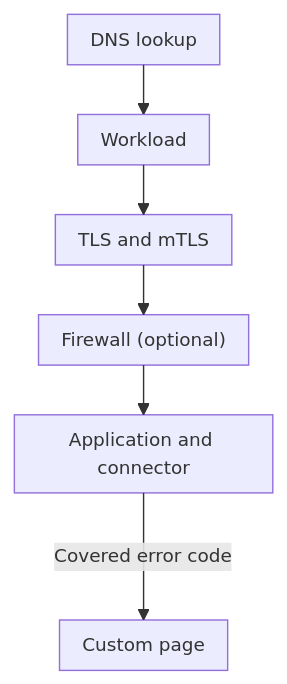
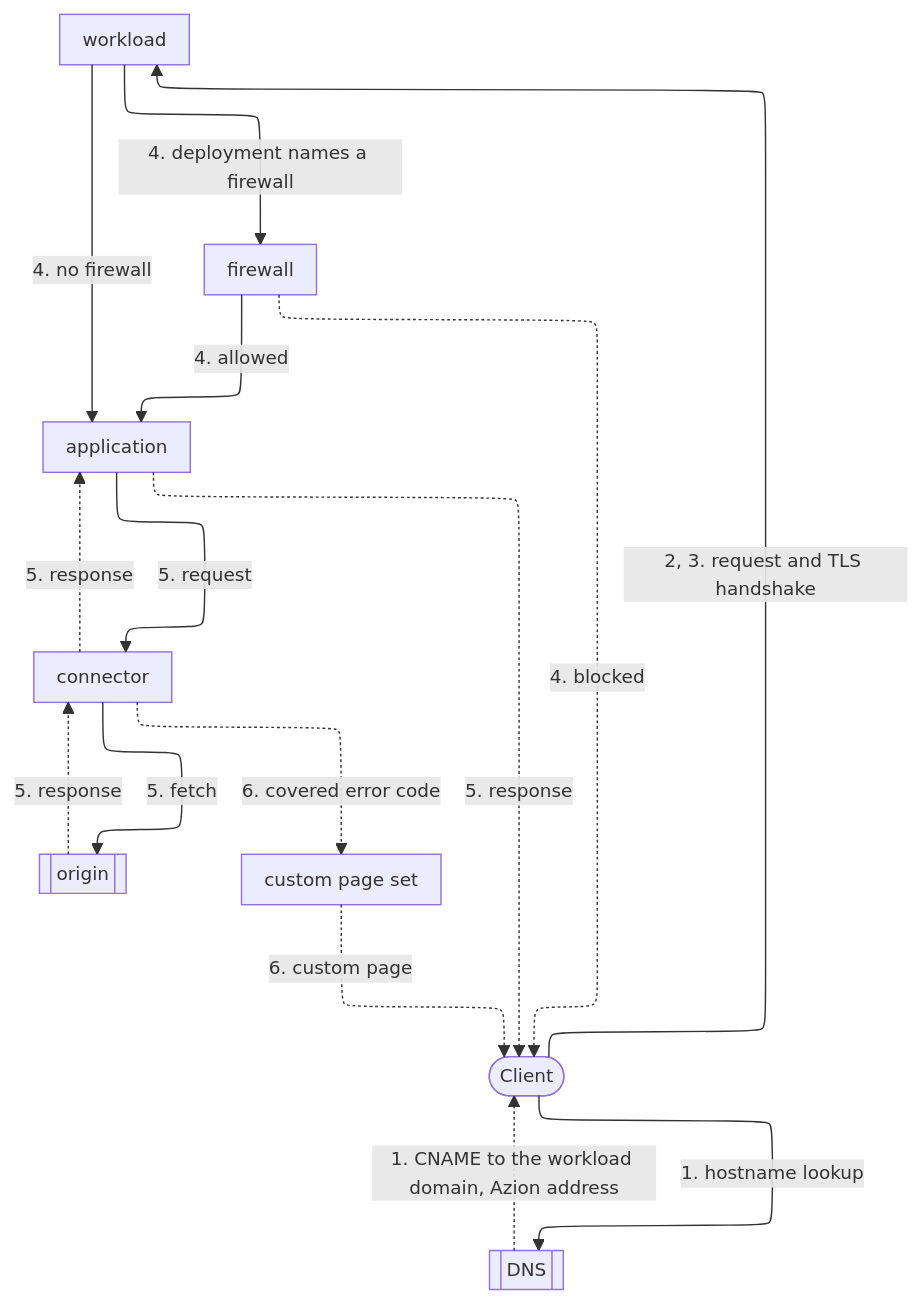
The diagram in apps/docs/src/content/docs/en/pages/main-menu/reference/secure/workloads/workloads.mdx (aziontech/docs), drawn with Mermaid before and after one commit. The commit also changed other lines of this file and 7 other files, not shown here.

````diff
--- a/apps/docs/src/content/docs/en/pages/main-menu/reference/secure/workloads/workloads.mdx
+++ b/apps/docs/src/content/docs/en/pages/main-menu/reference/secure/workloads/workloads.mdx
@@ -88,9 +90,26 @@
 ```mermaid
-%%{init: {"layout": "elk", "themeVariables": {"fontSize": "13px"}, "flowchart": {"nodeSpacing": 24, "rankSpacing": 36, "padding": 8, "wrappingWidth": 150, "useMaxWidth": true}, "sequence": {"width": 120, "actorMargin": 30, "useMaxWidth": true}}}%%
+%%{init: {"layout": "elk", "elk": {"preset": "modelOrder", "keepEntryNodeOnTop": true}, "themeVariables": {"fontSize": "13px"}, "flowchart": {"nodeSpacing": 24, "rankSpacing": 36, "padding": 8, "wrappingWidth": 150, "useMaxWidth": true}, "sequence": {"width": 120, "actorMargin": 30, "useMaxWidth": true}}}%%
 flowchart TD
-  DNS["DNS lookup"] --> Host["Workload"]
-  Host --> TLS["TLS and mTLS"]
-  TLS --> FW["Firewall (optional)"]
-  FW --> App["Application and connector"]
-  App -->|"Covered error code"| CP["Custom page"]
+  Client(["Client"])
+  DNS[["DNS"]]
+  WL["workload"]
+  FW["firewall"]
+  App["application"]
+  Conn["connector"]
+  Origin[["origin"]]
+  CP["custom page set"]
+  Client -->|"1. hostname lookup"| DNS
+  DNS -.->|"1. CNAME to the workload domain, Azion address"| Client
+  Client -->|"2, 3. request and TLS handshake"| WL
+  WL -->|"4. deployment names a firewall"| FW
+  WL -->|"4. no firewall"| App
+  FW -->|"4. allowed"| App
+  FW -.->|"4. blocked"| Client
+  App -->|"5. request"| Conn
+  Conn -->|"5. fetch"| Origin
+  Origin -.->|"5. response"| Conn
+  Conn -.->|"5. response"| App
+  App -.->|"5. response"| Client
+  Conn -.->|"6. covered error code"| CP
+  CP -.->|"6. custom page"| Client
 ```
````
